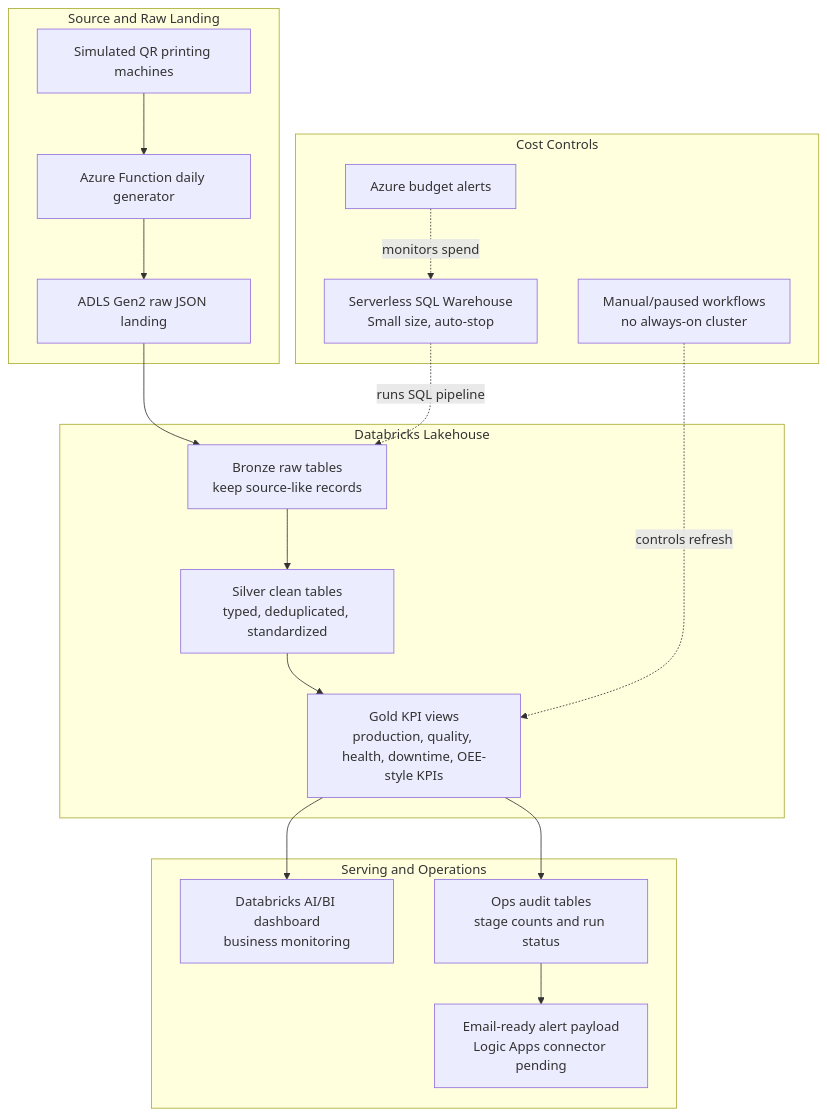
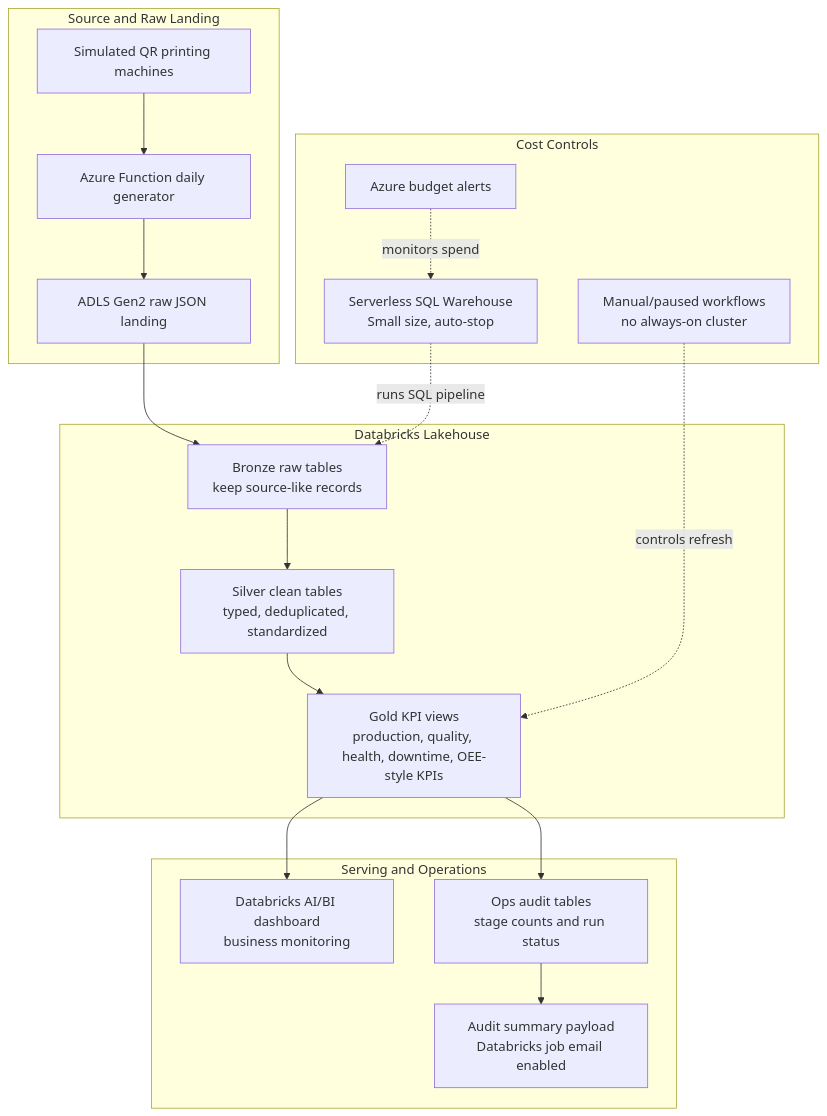
One commit to Tuaaut/Azure-Databrick-SQLDashboard-Project1 changed the diagram in README.md. Above: the diagram before and after it, drawn with Mermaid. The commit also changed other lines of this file and 6 other files, not shown here.

````diff
--- a/README.md
+++ b/README.md
@@ -20,34 +20,34 @@
 ```mermaid
 flowchart TB
     subgraph Source["Source and Raw Landing"]
         A["Simulated QR printing machines"]
         B["Azure Function daily generator"]
         C["ADLS Gen2 raw JSON landing"]
         A --> B --> C
     end
 
     subgraph Lakehouse["Databricks Lakehouse"]
         D["Bronze raw tables<br/>keep source-like records"]
         E["Silver clean tables<br/>typed, deduplicated, standardized"]
         F["Gold KPI views<br/>production, quality, health, downtime, OEE-style KPIs"]
         C --> D --> E --> F
     end
 
     subgraph Serving["Serving and Operations"]
         G["Databricks AI/BI dashboard<br/>business monitoring"]
         H["Ops audit tables<br/>stage counts and run status"]
-        I["Email-ready alert payload<br/>Logic Apps connector pending"]
+        I["Audit summary payload<br/>Databricks job email enabled"]
         F --> G
         F --> H --> I
     end
 
     subgraph Cost["Cost Controls"]
         J["Serverless SQL Warehouse<br/>Small size, auto-stop"]
         K["Manual/paused workflows<br/>no always-on cluster"]
         L["Azure budget alerts"]
     end
 
     J -. runs SQL pipeline .-> D
     K -. controls refresh .-> F
     L -. monitors spend .-> J
 ```
````
